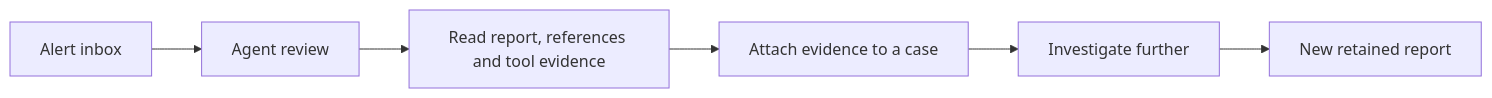
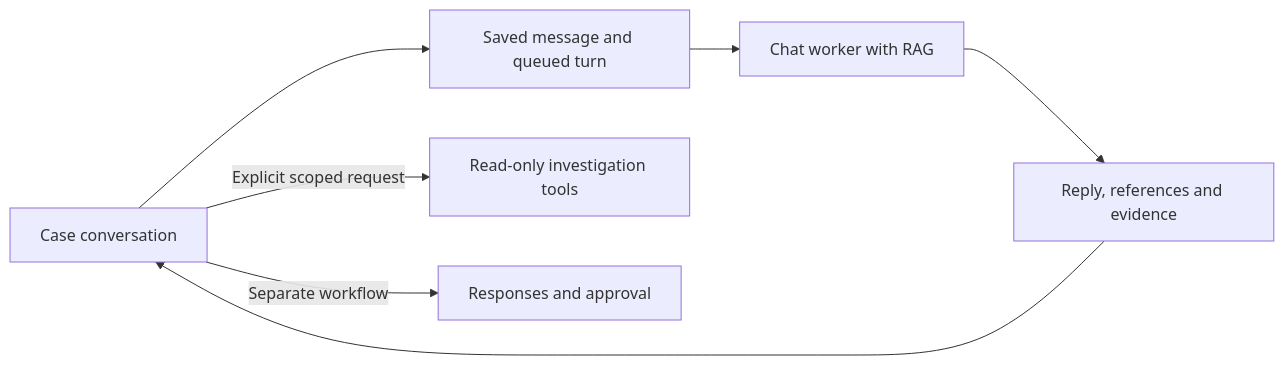
Before and after one commit to Zouhairgurtaoui/cybertriage: the second of 2 diagrams in README.md, drawn with Mermaid. The commit also changed other lines of this file and 26 other files, not shown here.

Commit message:
add persistent case conversations and agent chat

````diff
--- a/README.md
+++ b/README.md
@@ -146,8 +148,9 @@
 ```mermaid
 flowchart LR
-    I[Alert inbox] --> R[Agent review]
-    R --> E[Read report, references and tool evidence]
-    E --> C[Attach evidence to a case]
-    C --> F[Investigate further]
-    F --> N[New retained report]
+    C[Case conversation] --> Q[Saved message and queued turn]
+    Q --> W[Chat worker with RAG]
+    W --> R[Reply, references and evidence]
+    R --> C
+    C -->|Explicit scoped request| T[Read-only investigation tools]
+    C -->|Separate workflow| A[Responses and approval]
 ```
````
